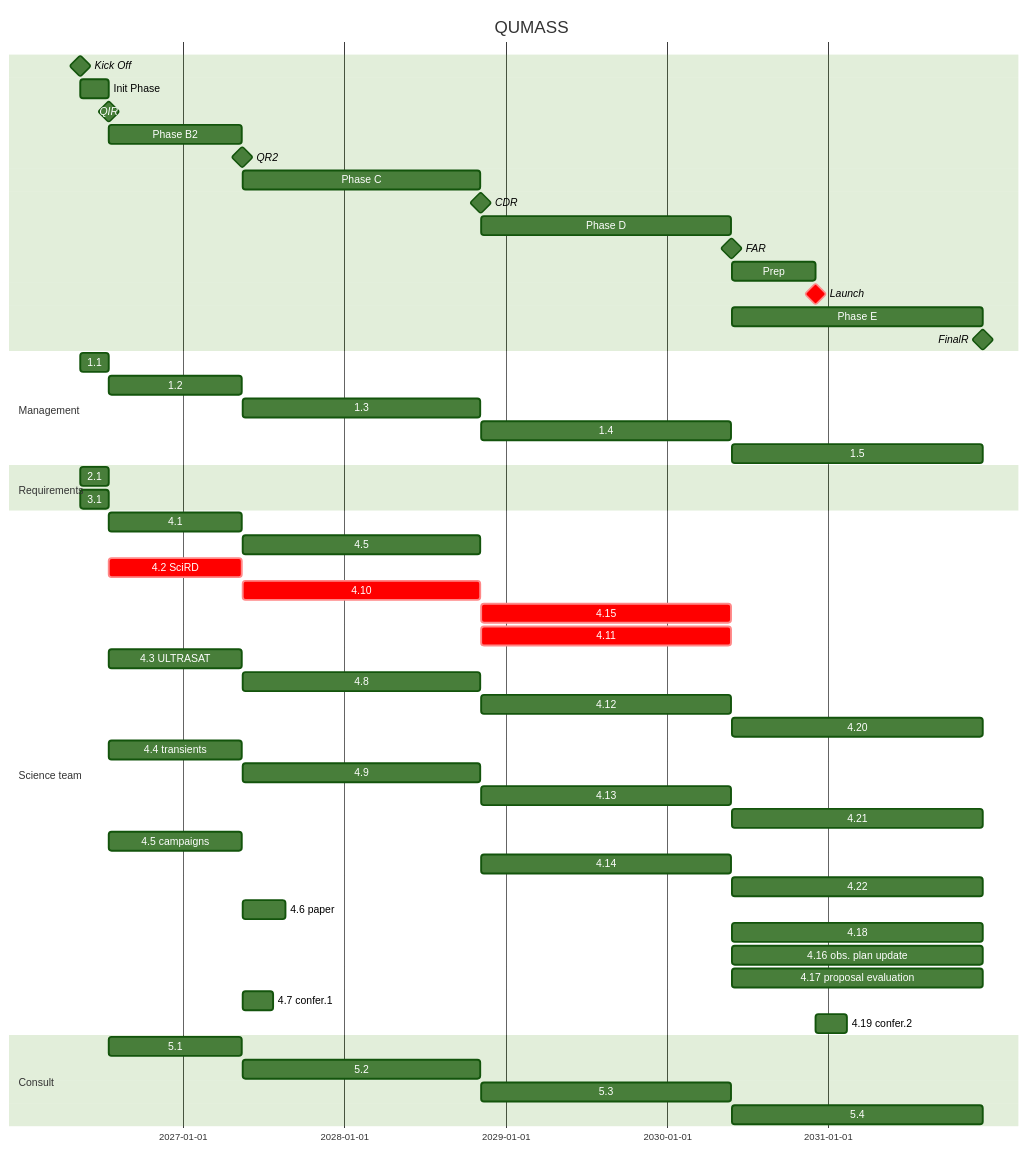
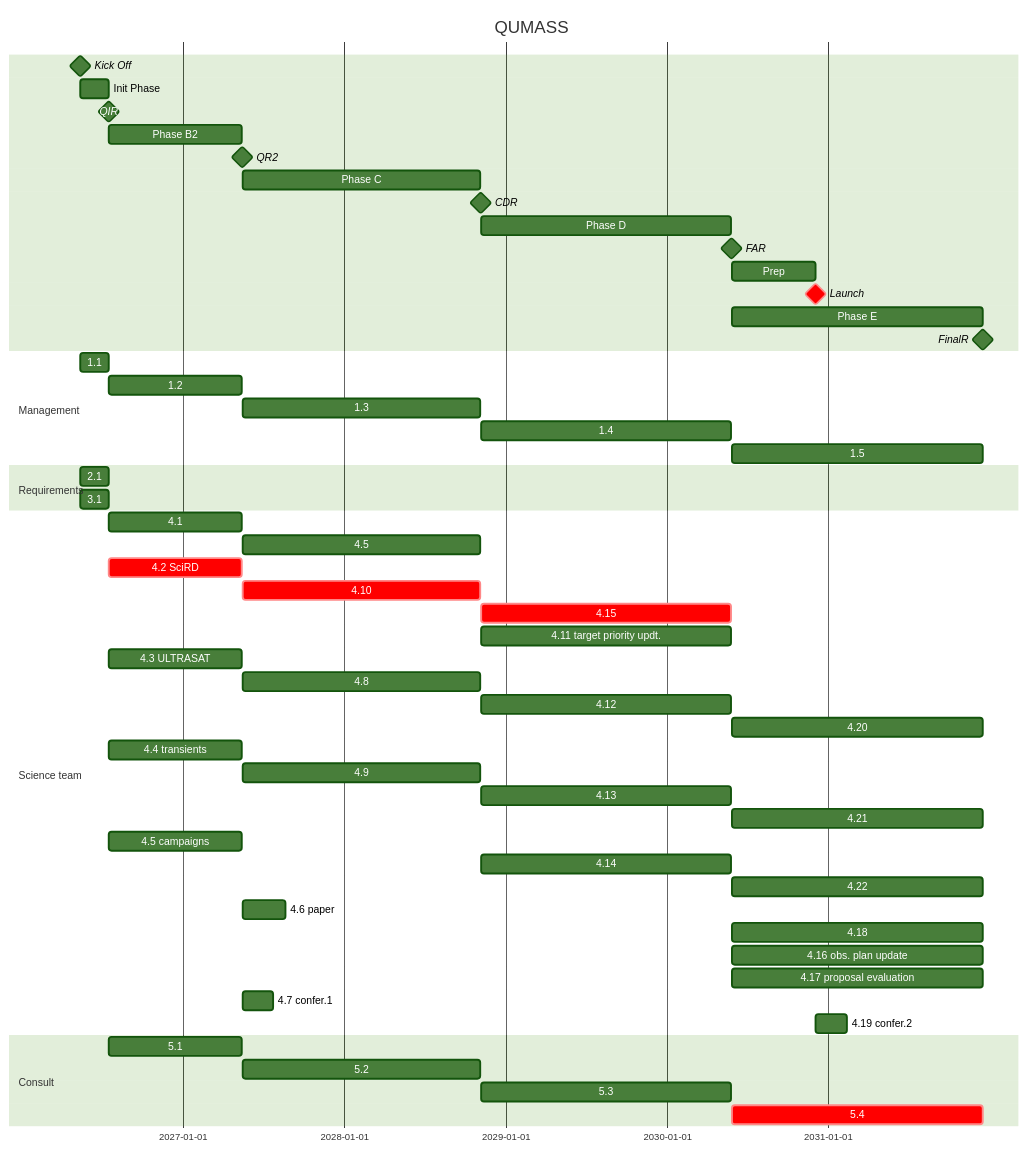
One commit to limu007/quvik changed the diagram in calib/Science.md. Above: the diagram before and after it, drawn with Mermaid (forest theme).

Commit message:
Update target priority and consultation sections

````diff
--- a/calib/Science.md
+++ b/calib/Science.md
@@ -1,58 +1,58 @@
 ```mermaid
 gantt
     title QUMASS
     dateFormat  YYYY-MM-DD
     Kick Off : milestone, ko, 2026-05-14, 1d
     Init Phase : b1, after ko, 9w
     QIR : milestone, ir, after b1, 1d
     Phase B2 : b2, after ir, 43w
     QR2 : milestone, pdr, after b2, 1d
     Phase C : c1, after pdr, 77w
     CDR : milestone, cdr, after c1, 1d
     Phase D : d1, after cdr, 81w
     FAR : milestone, far, after d1, 1d
     Prep : prep, after far, 27w
     Launch : crit, milestone, frr, after prep, 1d
     Phase E : e1, after far, 81w
     FinalR : milestone, fr, after e1, 1d
 
     section Management
     1.1 : after ko, until ir
     1.2 : after ir, until pdr
     1.3 : after pdr, until cdr
     1.4 : after cdr, until far
     1.5 : after far, until fr
     section Requirements
     2.1 : after ko, until ir
     3.1 : after ko, until ir
     section Science team
     4.1 : after ir, until pdr
     4.5 : after pdr, until cdr
     4.2 SciRD : crit, after ir, until pdr
     4.10 : crit, after pdr, until cdr
     4.15 : crit, after cdr, until far
-    4.11 : crit, after cdr, until far
+    4.11 target priority updt. : after cdr, until far
     4.3 ULTRASAT : after ir, until pdr
     4.8 : after pdr, until cdr
     4.12 : after cdr, until far
     4.20 : after far, until fr
     4.4 transients : after ir, until pdr
     4.9 : after pdr, until cdr
     4.13 : after cdr, until far
     4.21 : after far, until fr
     4.5 campaigns : after ir, until pdr
     4.14 : after cdr, until far
     4.22 : after far, until fr
     4.6 paper : after pdr, 14w
     4.18 : after far, until fr
     4.16 obs. plan update : after far, until fr
     4.17 proposal evaluation : after far, until fr
     4.7 confer.1 : after pdr, 10w
     4.19 confer.2 : after frr, 10w
     section Consult
     5.1 : after ir, until pdr
     5.2 : after pdr, until cdr
     5.3 : after cdr, until far
-    5.4 : after far, until fr
+    5.4 : crit, after far, until fr
 
 ```
````
